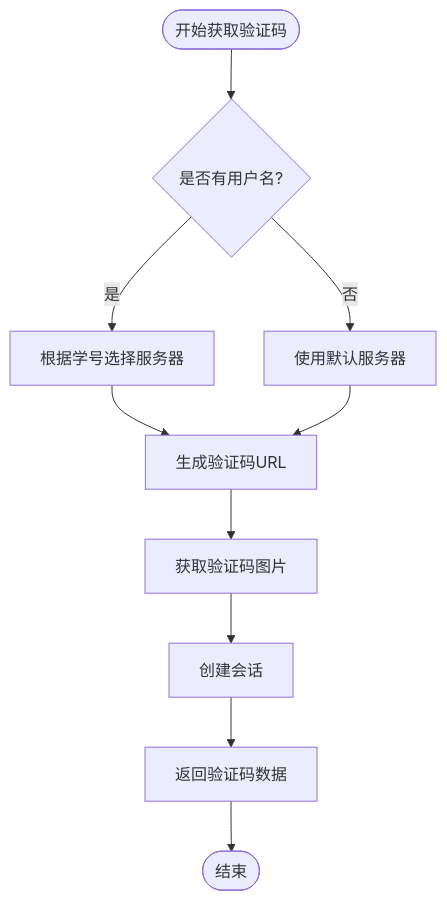
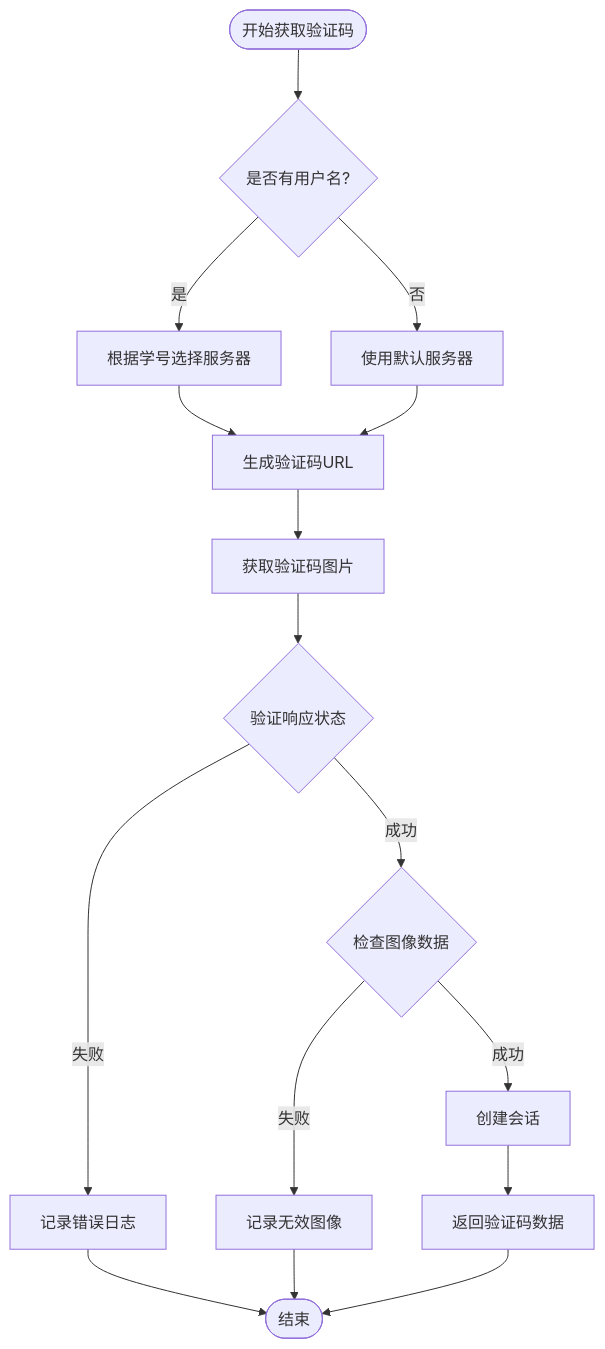
One commit to ghbbn053-ship-itsoulddog/soulddog changed the fourth of 8 diagrams in .qoder/repowiki/zh/content/前端应用文档/登录页面与认证流程.md. Above: the diagram before and after it, drawn with Mermaid. The commit also changed other lines of this file and 5 other files, not shown here.

````diff
--- a/.qoder/repowiki/zh/content/前端应用文档/登录页面与认证流程.md
+++ b/.qoder/repowiki/zh/content/前端应用文档/登录页面与认证流程.md
@@ -200,12 +210,18 @@
 ```mermaid
 flowchart TD
 Start([开始获取验证码]) --> CheckUsername{是否有用户名?}
 CheckUsername --> |是| SelectServer[根据学号选择服务器]
 CheckUsername --> |否| DefaultServer[使用默认服务器]
 SelectServer --> GenerateURL[生成验证码URL]
 DefaultServer --> GenerateURL
 GenerateURL --> FetchImage[获取验证码图片]
-FetchImage --> CreateSession[创建会话]
+FetchImage --> ValidateResponse{验证响应状态}
+ValidateResponse --> |失败| LogError[记录错误日志]
+ValidateResponse --> |成功| CheckImageData{检查图像数据}
+CheckImageData --> |失败| LogInvalidImage[记录无效图像]
+CheckImageData --> |成功| CreateSession[创建会话]
 CreateSession --> ReturnData[返回验证码数据]
-ReturnData --> End([结束])
+LogError --> End([结束])
+LogInvalidImage --> End
+ReturnData --> End
 ```
````
